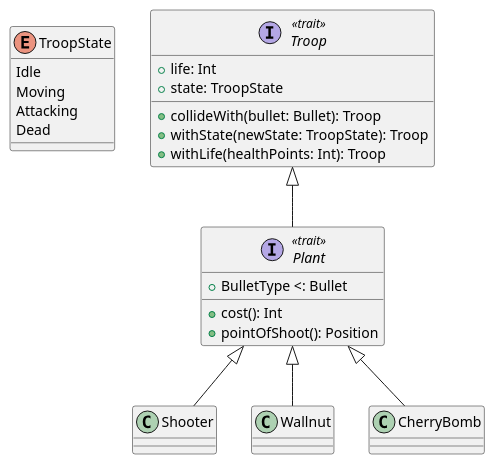
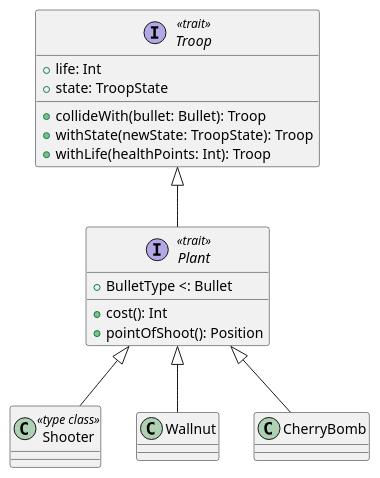
One commit to PaoloPenazzi/pps-pvzlike changed the diagram in doc/diagrams/Plants.puml. Above: the diagram before and after it, drawn with PlantUML. The commit also changed 4 other files, not shown here.

```diff
--- a/doc/diagrams/Plants.puml
+++ b/doc/diagrams/Plants.puml
@@ -1,34 +1,27 @@
 @startuml
 'https://plantuml.com/class-diagram
-
-enum TroopState{
-Idle
-Moving
-Attacking
-Dead
-}
 
 interface Troop <<trait>> {
 +life: Int
 +state: TroopState
 +collideWith(bullet: Bullet): Troop
 +withState(newState: TroopState): Troop
 +withLife(healthPoints: Int): Troop
 }
 
 interface Plant <<trait>> {
 +BulletType <: Bullet
 +cost(): Int
 +pointOfShoot(): Position
 }
 
-class Shooter
+class Shooter <<type class>>
 class Wallnut
 class CherryBomb
 
 Troop <|-down- Plant
 Plant <|-down- Shooter
 Plant <|-down- Wallnut
 Plant <|-down- CherryBomb
 
 @enduml
```
